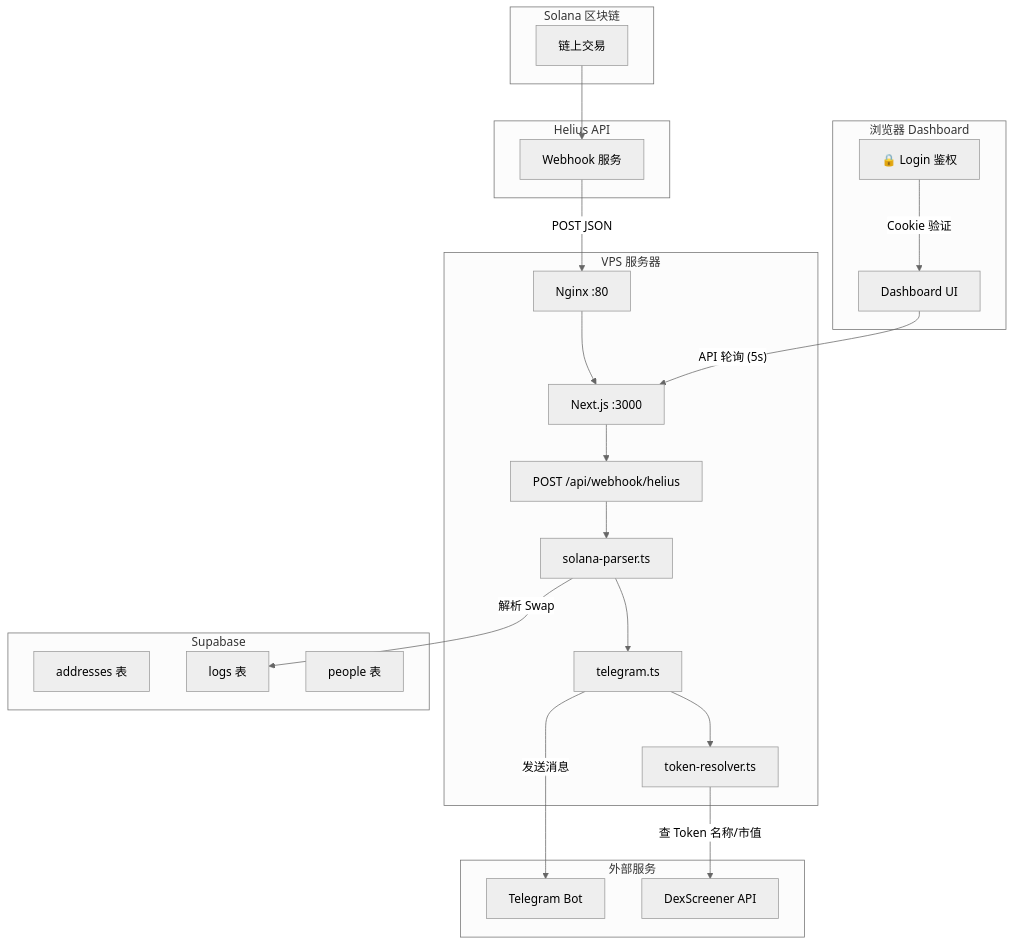
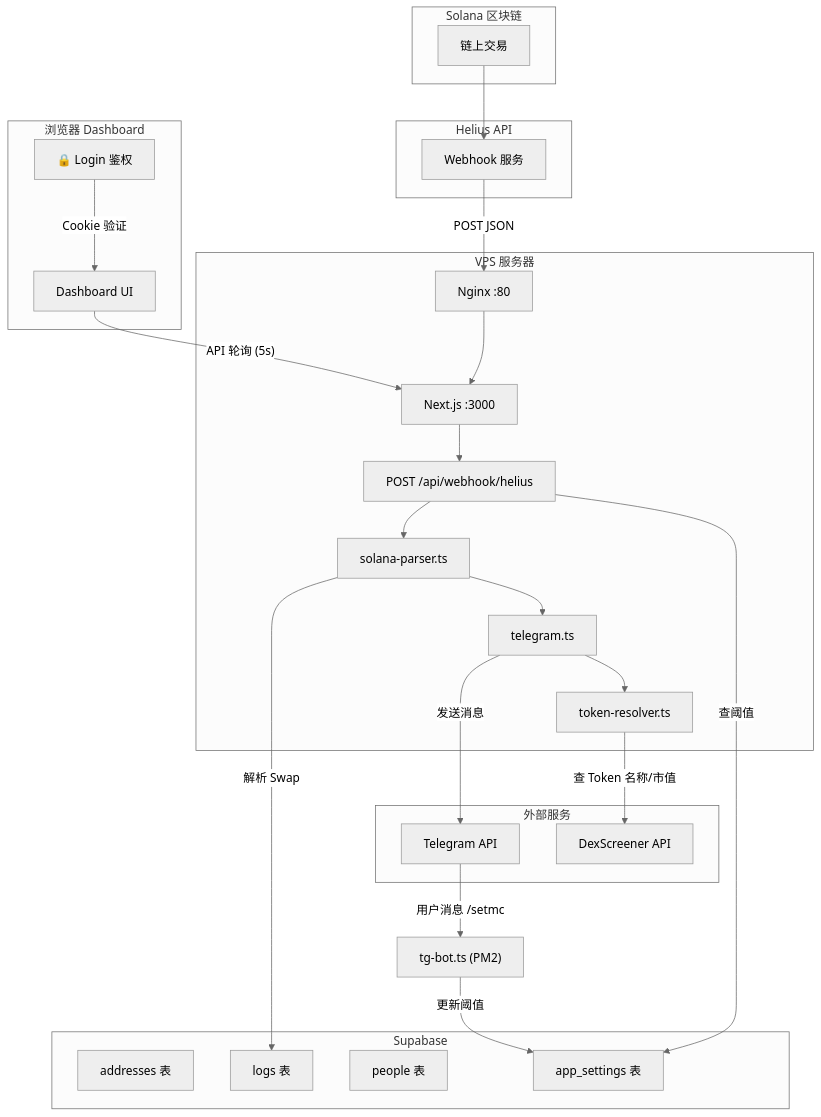
The first of 3 diagrams in docs/technical_doc.md (quant67/sol-tracker), drawn with Mermaid (neutral theme) before and after one commit. The commit also changed other lines of this file and 1 other file, not shown here.

````diff
--- a/docs/technical_doc.md
+++ b/docs/technical_doc.md
@@ -69,48 +71,55 @@
 ```mermaid
 graph TB
     subgraph Solana["Solana 区块链"]
         TX["链上交易"]
     end
 
     subgraph Helius["Helius API"]
         WH["Webhook 服务"]
     end
 
     subgraph VPS["VPS 服务器"]
         NGINX["Nginx :80"]
         NEXT["Next.js :3000"]
         API_WH["POST /api/webhook/helius"]
         PARSER["solana-parser.ts"]
         TG_LIB["telegram.ts"]
         RESOLVER["token-resolver.ts"]
     end
 
     subgraph Supabase["Supabase"]
         DB_ADDR["addresses 表"]
         DB_LOGS["logs 表"]
         DB_PPL["people 表"]
+        DB_SET["app_settings 表"]
     end
 
     subgraph External["外部服务"]
-        TG["Telegram Bot"]
+        TG["Telegram API"]
         DEX["DexScreener API"]
     end
 
     subgraph Client["浏览器 Dashboard"]
         AUTH["🔒 Login 鉴权"]
         DASH["Dashboard UI"]
     end
 
     TX --> WH
     WH -->|"POST JSON"| NGINX
     NGINX --> NEXT
     NEXT --> API_WH
+    API_WH -->|"查阈值"| DB_SET
     API_WH --> PARSER
     PARSER -->|"解析 Swap"| DB_LOGS
     PARSER --> TG_LIB
     TG_LIB --> RESOLVER
     RESOLVER -->|"查 Token 名称/市值"| DEX
     TG_LIB -->|"发送消息"| TG
     AUTH -->|"Cookie 验证"| DASH
     DASH -->|"API 轮询 (5s)"| NEXT
+    
+    %% 独立 Bot 进程
+    TG_BOT["tg-bot.ts (PM2)"]
+    TG -->|"用户消息 /setmc"| TG_BOT
+    TG_BOT -->|"更新阈值"| DB_SET
 ```
````
